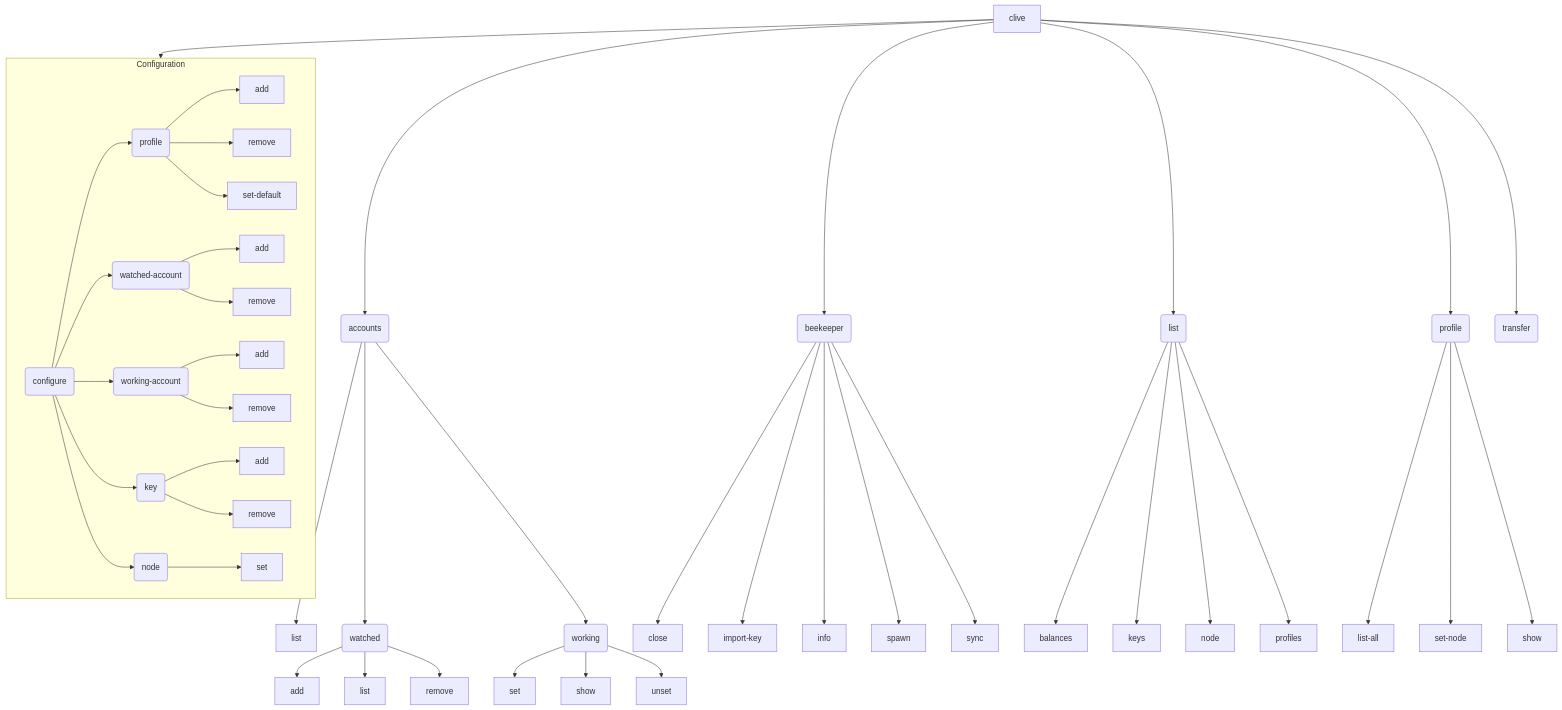
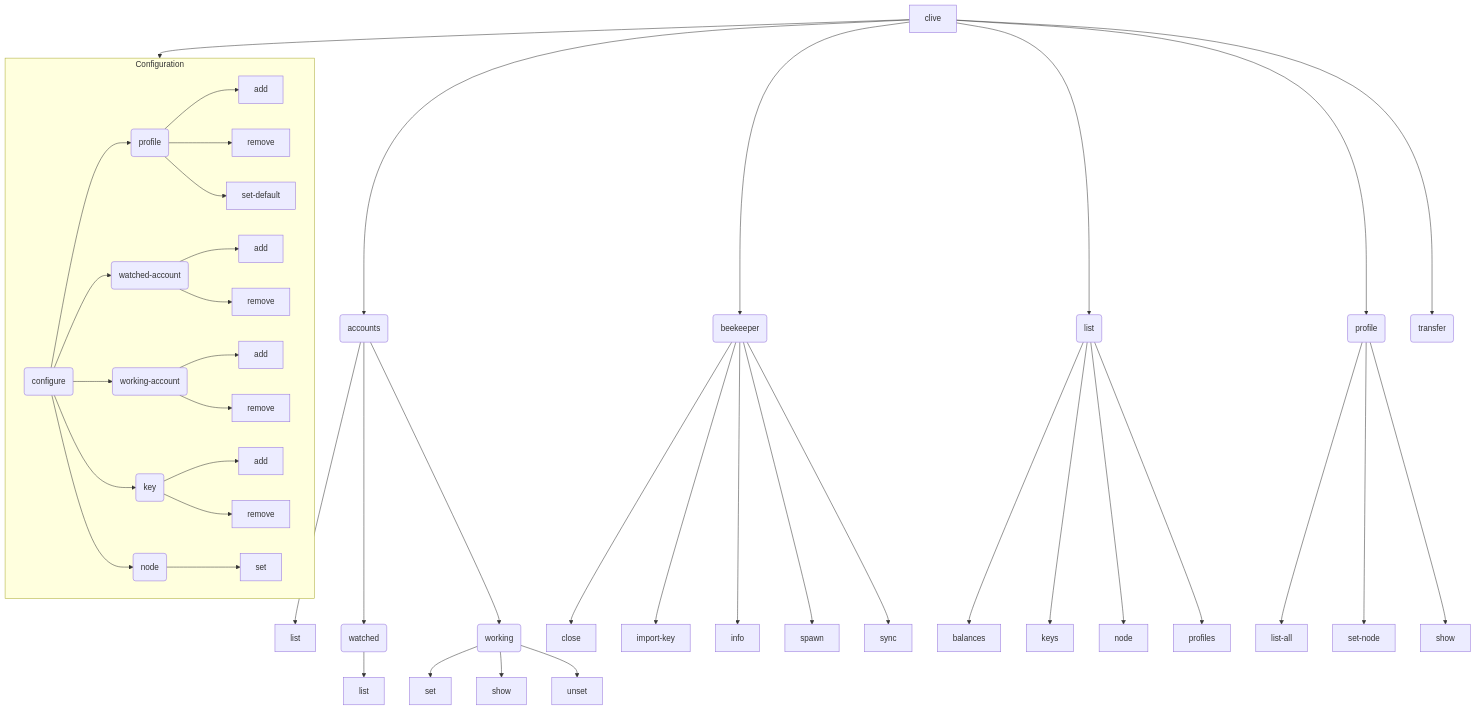
One commit to openhive-network/clive changed the diagram in clive/__private/cli/commands_structure.md. Above: the diagram before and after it, drawn with Mermaid. The commit also changed 5 other files, not shown here.

````diff
--- a/clive/__private/cli/commands_structure.md
+++ b/clive/__private/cli/commands_structure.md
@@ -16,53 +16,51 @@
 ```mermaid
 flowchart TD
     Clive[clive] --> Configuration
 
     subgraph Configuration
         Configure(configure) --> ConfigureProfile(profile)
         ConfigureProfile --> CreateProfile[add]
         ConfigureProfile --> DeleteProfile[remove]
         ConfigureProfile --> SetDefaultProfile[set-default]
 
         Configure --> ConfigureWatchedAccount(watched-account)
         ConfigureWatchedAccount --> AddWatchedAccount[add]
         ConfigureWatchedAccount --> RemoveWatchedAccount[remove]
 
         Configure --> ConfigureWorkingAccount(working-account)
         ConfigureWorkingAccount --> AddWorkingAccount[add]
         ConfigureWorkingAccount --> RemoveWorkingAccount[remove]
 
         Configure --> ConfigureKey(key)
         ConfigureKey --> AddKey[add]
         ConfigureKey --> RemoveKey[remove]
 
         Configure --> ConfigureNode(node)
         ConfigureNode --> SetNode[set]
     end
 
     Clive[clive] --> Accounts(accounts)
     Accounts --> AccountsList[list]
     Accounts --> AccountsWatched(watched)
     Accounts --> AccountsWorking(working)
-    AccountsWatched --> AccountsWatchedAdd[add]
     AccountsWatched --> AccountsWatchedList[list]
-    AccountsWatched --> AccountsWatchedRemove[remove]
     AccountsWorking --> AccountsWorkingSet[set]
     AccountsWorking --> AccountsWorkingShow[show]
     AccountsWorking --> AccountsWorkingUnset[unset]
     Clive --> Beekeeper(beekeeper)
     Beekeeper --> BeekeeperClose[close]
     Beekeeper --> BeekeeperImportKey[import-key]
     Beekeeper --> BeekeeperInfo[info]
     Beekeeper --> BeekeeperSpawn[spawn]
     Beekeeper --> BeekeeperSync[sync]
     Clive --> List(list)
     List --> ListBalances[balances]
     List --> ListKeys[keys]
     List --> ListNode[node]
     List --> ListProfiles[profiles]
     Clive --> Profile(profile)
     Profile --> ProfileListAll[list-all]
     Profile --> ProfileSetNode[set-node]
     Profile --> ProfileShow[show]
     Clive --> Transfer(transfer)
 ```
````
